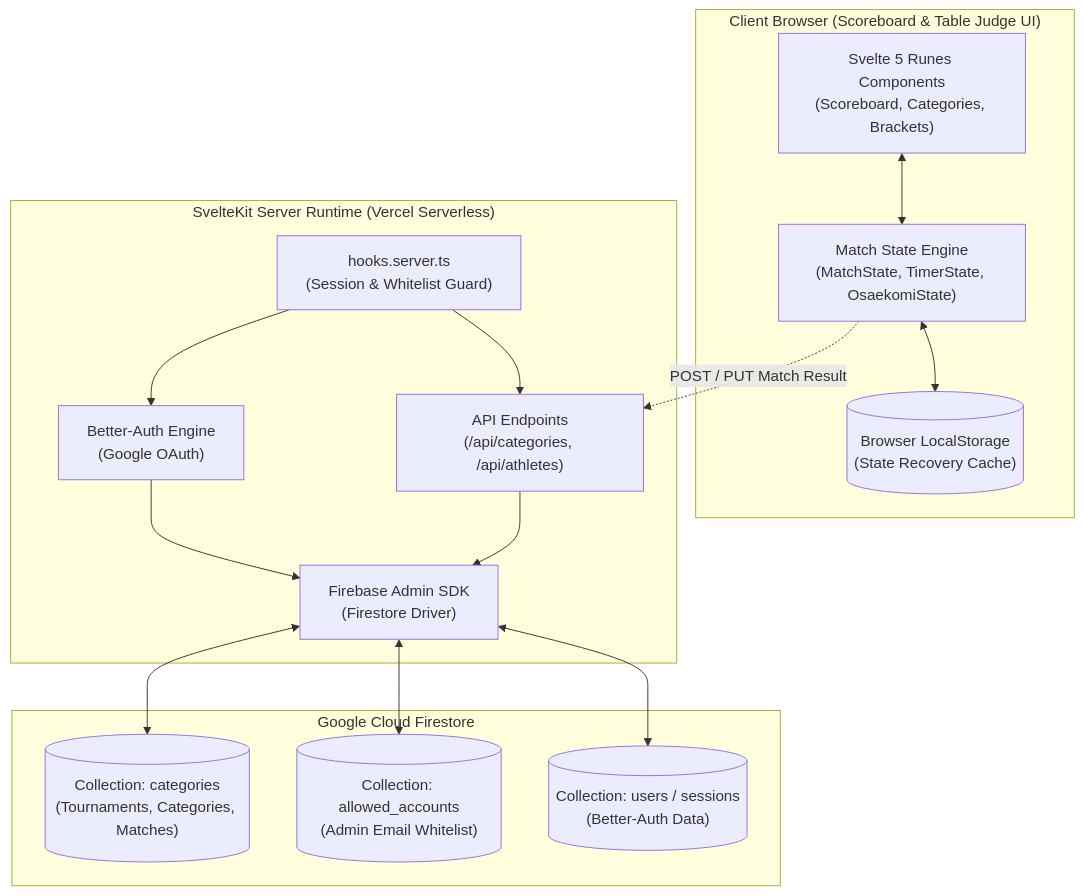
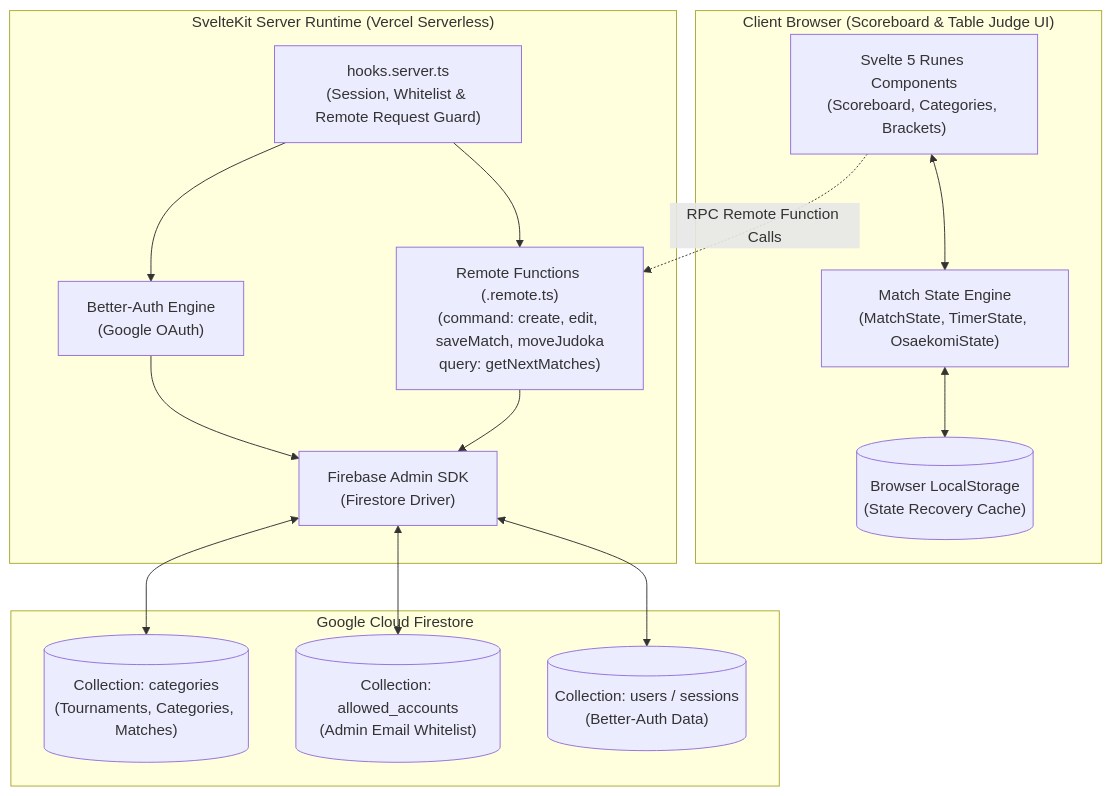
The diagram in docs/architecture.md (lorenzo-mignola/jbcb-championship), drawn with Mermaid before and after one commit. The commit also changed 19 other files, not shown here.

Commit message:
feat: use remote function

````diff
--- a/docs/architecture.md
+++ b/docs/architecture.md
@@ -11,35 +11,35 @@
 ```mermaid
 flowchart TD
     subgraph Client["Client Browser (Scoreboard & Table Judge UI)"]
         UI["Svelte 5 Runes Components\n(Scoreboard, Categories, Brackets)"]
         MSE["Match State Engine\n(MatchState, TimerState, OsaekomiState)"]
         LS[("Browser LocalStorage\n(State Recovery Cache)")]
 
         UI <--> MSE
         MSE <--> LS
     end
 
     subgraph Server["SvelteKit Server Runtime (Vercel Serverless)"]
-        Hooks["hooks.server.ts\n(Session & Whitelist Guard)"]
+        Hooks["hooks.server.ts\n(Session, Whitelist & Remote Request Guard)"]
         AuthRouter["Better-Auth Engine\n(Google OAuth)"]
-        APIRoutes["API Endpoints\n(/api/categories, /api/athletes)"]
+        RemoteFunctions["Remote Functions (.remote.ts)\n(command: create, edit, saveMatch, moveJudoka\nquery: getNextMatches)"]
         AdminSDK["Firebase Admin SDK\n(Firestore Driver)"]
 
-        Hooks --> APIRoutes
+        Hooks --> RemoteFunctions
         Hooks --> AuthRouter
-        APIRoutes --> AdminSDK
+        RemoteFunctions --> AdminSDK
         AuthRouter --> AdminSDK
     end
 
     subgraph Database["Google Cloud Firestore"]
         CatCol[("Collection: categories\n(Tournaments, Categories, Matches)")]
         UserCol[("Collection: allowed_accounts\n(Admin Email Whitelist)")]
         AuthCol[("Collection: users / sessions\n(Better-Auth Data)")]
 
         AdminSDK <--> CatCol
         AdminSDK <--> UserCol
         AdminSDK <--> AuthCol
     end
 
-    MSE -. "POST / PUT Match Result" .-> APIRoutes
+    UI -. "RPC Remote Function Calls" .-> RemoteFunctions
 ```
````
